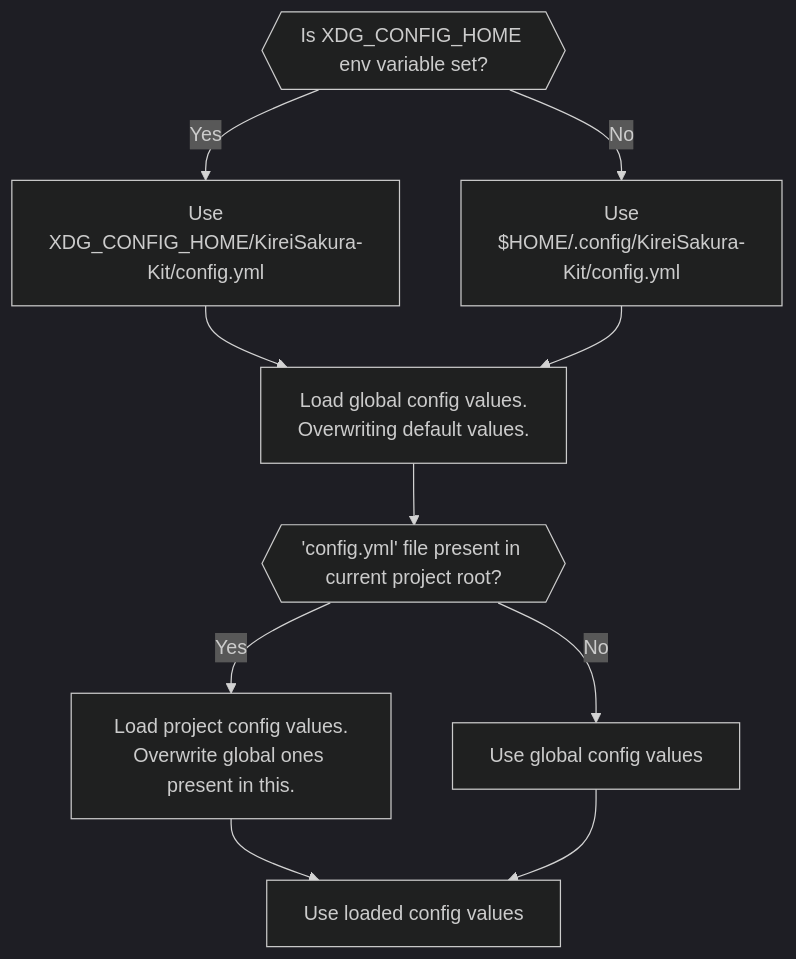
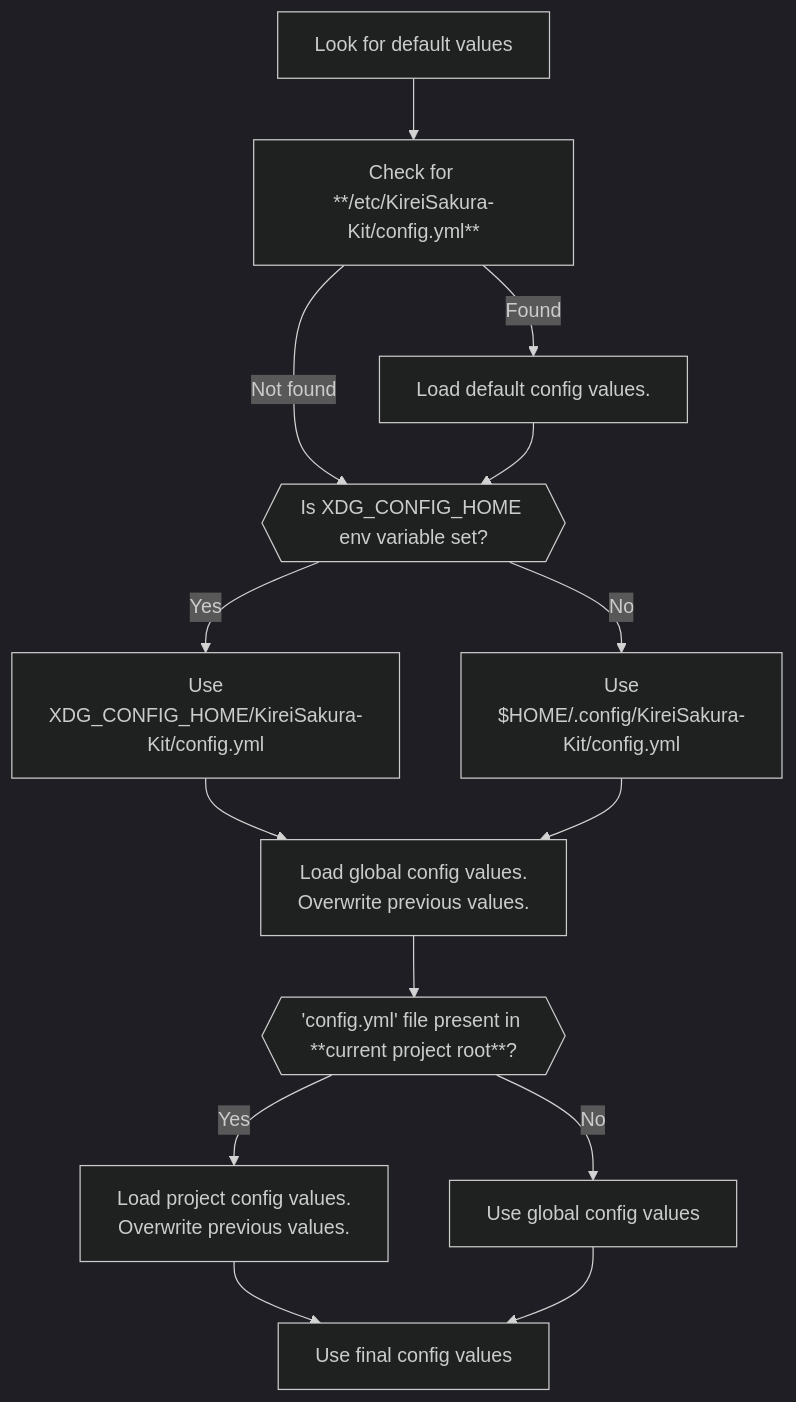
Before and after one commit to soymadip/KireiSakura-Kit: the diagram in docs/docs/config/index.md, drawn with Mermaid (dark theme). The commit also changed other lines of this file, not shown here.

Commit message:
small docs update

````diff
--- a/docs/docs/config/index.md
+++ b/docs/docs/config/index.md
@@ -41,14 +41,17 @@
 ```mermaid
-
 graph TD
-    B{{Is XDG_CONFIG_HOME env variable set?}}
-    B -- Yes --> C[Use<br>XDG_CONFIG_HOME/KireiSakura-Kit/config.yml]
-    B -- No --> D[Use<br>$HOME/.config/KireiSakura-Kit/config.yml]
-    C --> E[Load global config values.<br>Overwriting default values.]
-    D --> E
-    E --> F{{'config.yml' file present in current project root?}}
-    F -- Yes --> G[Load project config values.<br>Overwrite global ones present in this.]
-    F -- No --> H[Use global config values]
-    G --> I[Use loaded config values]
-    H --> I
+    A[Look for default values]
+    A --> B[Check for **/etc/KireiSakura-Kit/config.yml**]
+    B -- Found --> C[Load default config values.]
+    B -- Not found --> D{{Is XDG_CONFIG_HOME env variable set?}}
+    C --> D
+    D -- Yes --> E[Use<br>XDG_CONFIG_HOME/KireiSakura-Kit/config.yml]
+    D -- No --> F[Use<br>$HOME/.config/KireiSakura-Kit/config.yml]
+    E --> G[Load global config values.<br>Overwrite previous values.]
+    F --> G
+    G --> H{{'config.yml' file present in **current project root**?}}
+    H -- Yes --> I[Load project config values.<br>Overwrite previous values.]
+    H -- No --> J[Use global config values]
+    I --> K[Use final config values]
+    J --> K
 ```
````
